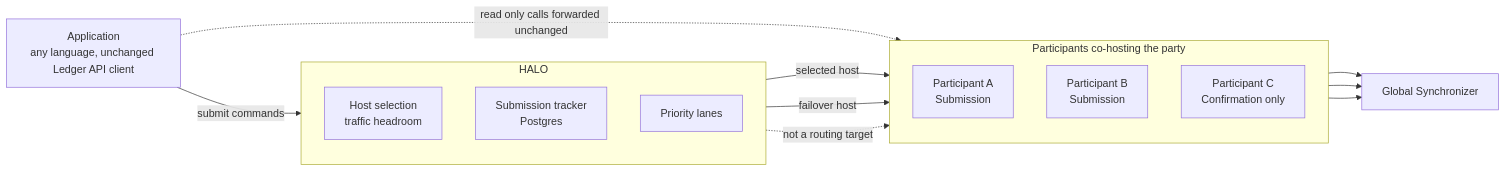
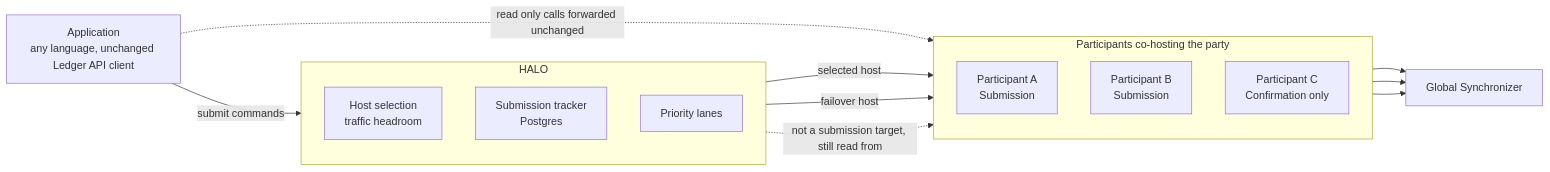
Before and after one commit to canton-foundation/canton-dev-fund: the first of 3 diagrams in proposals/2026-08-K2FLabs-halo-ledger-api-overlay.md, drawn with Mermaid. The commit also changed other lines of this file, not shown here.

````diff
--- a/proposals/2026-08-K2FLabs-halo-ledger-api-overlay.md
+++ b/proposals/2026-08-K2FLabs-halo-ledger-api-overlay.md
@@ -94,29 +93,29 @@
 ```mermaid
 flowchart LR
   App["Application<br/>any language, unchanged Ledger API client"]
 
   subgraph SC["HALO"]
     direction TB
     HS["Host selection<br/>traffic headroom"]
     ST["Submission tracker<br/>Postgres"]
     PL["Priority lanes"]
   end
 
   subgraph HOSTS["Participants co-hosting the party"]
     direction TB
     PA["Participant A<br/>Submission"]
     PB["Participant B<br/>Submission"]
     PC["Participant C<br/>Confirmation only"]
   end
 
   GS["Global Synchronizer"]
 
   App -->|"submit commands"| SC
   App -.->|"read only calls forwarded unchanged"| HOSTS
   SC -->|"selected host"| PA
   SC -->|"failover host"| PB
-  SC -.->|"not a routing target"| PC
+  SC -.->|"not a submission target, still read from"| PC
   PA --> GS
   PB --> GS
   PC --> GS
 ```
````
